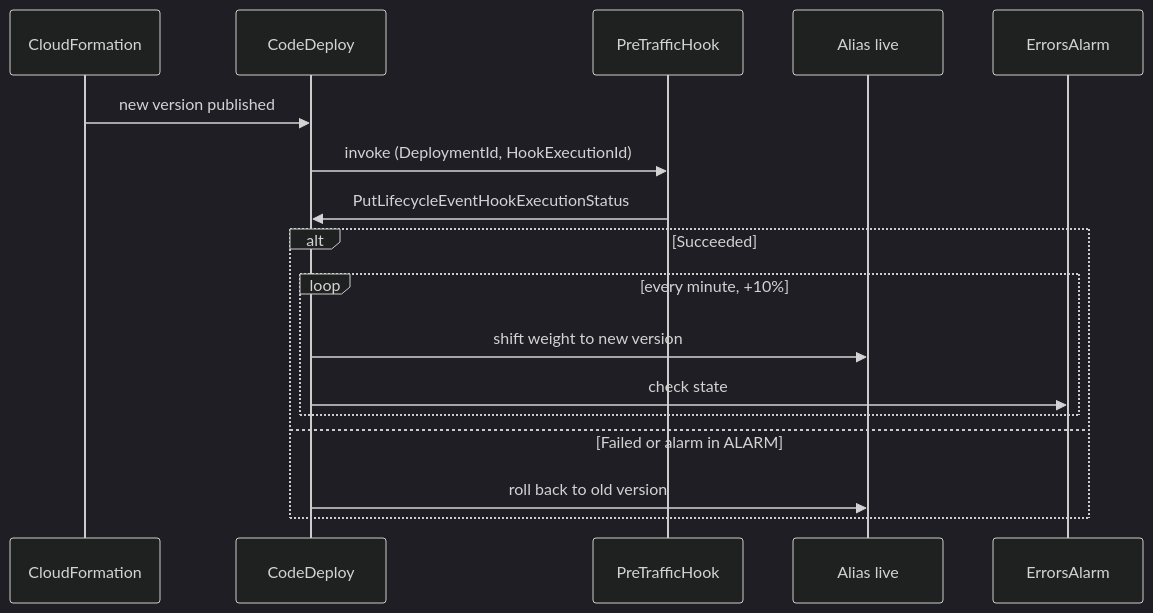
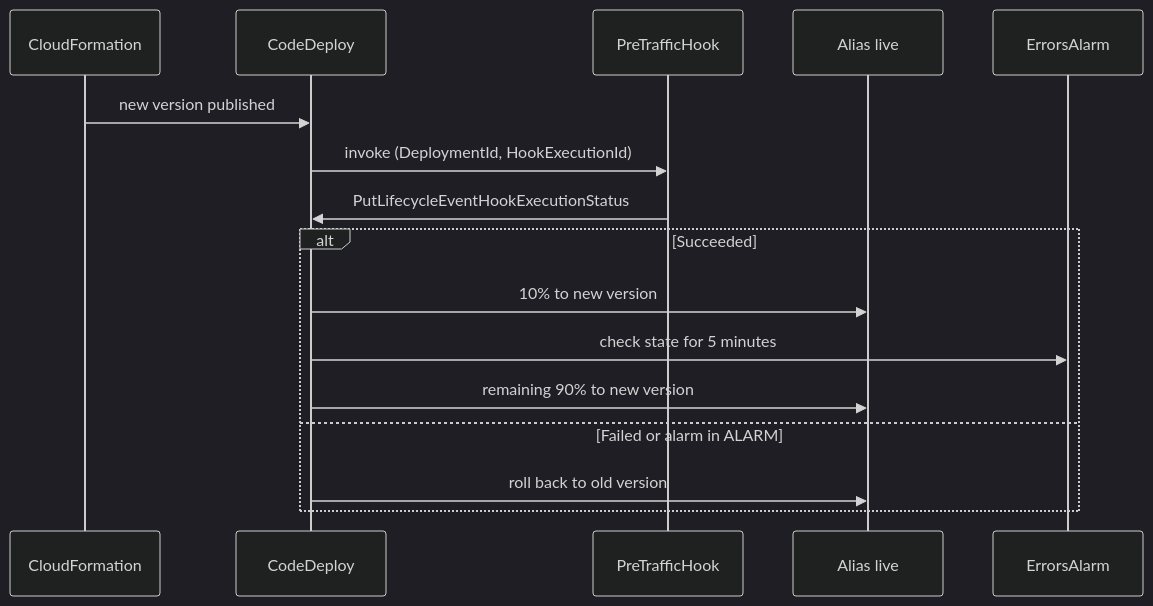
One commit to juan19932carlos/aws-deployments changed the second of 2 diagrams in architecture/infrastructure.md. Above: the diagram before and after it, drawn with Mermaid (dark theme). The commit also changed other lines of this file and 1 other file, not shown here.

Commit message:
feat(template): switch traffic shift to Canary10Percent5Minutes

````diff
--- a/architecture/infrastructure.md
+++ b/architecture/infrastructure.md
@@ -21,19 +21,18 @@
 ```mermaid
 sequenceDiagram
     participant CFN as CloudFormation
     participant CD as CodeDeploy
     participant Hook as PreTrafficHook
     participant Alias as Alias live
     participant Alarm as ErrorsAlarm
     CFN->>CD: new version published
     CD->>Hook: invoke (DeploymentId, HookExecutionId)
     Hook->>CD: PutLifecycleEventHookExecutionStatus
     alt Succeeded
-        loop every minute, +10%
-            CD->>Alias: shift weight to new version
-            CD->>Alarm: check state
-        end
+        CD->>Alias: 10% to new version
+        CD->>Alarm: check state for 5 minutes
+        CD->>Alias: remaining 90% to new version
     else Failed or alarm in ALARM
         CD->>Alias: roll back to old version
     end
 ```
````
